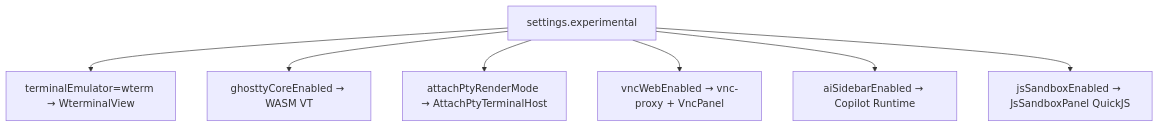
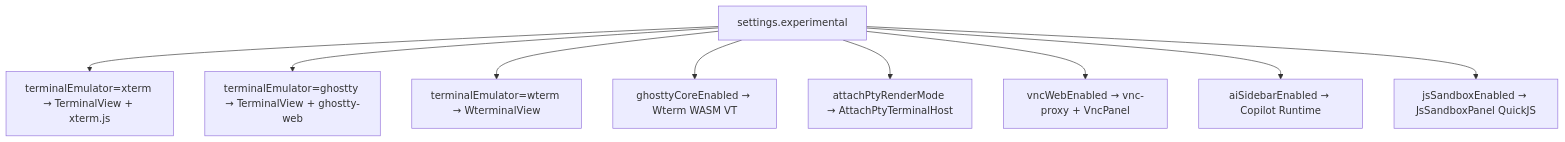
The first of 4 diagrams in docs/功能实验特性.md (Landers1037/NioZy), drawn with Mermaid before and after one commit. The commit also changed other lines of this file and 26 other files, not shown here.

First line of the commit message:
feat(terminal): 集成 ghostty-web 作为可选终端模拟器

````diff
--- a/docs/功能实验特性.md
+++ b/docs/功能实验特性.md
@@ -28,10 +28,12 @@
 ```mermaid
 flowchart TB
   Exp["settings.experimental"]
+  Exp --> Xterm["terminalEmulator=xterm → TerminalView + xterm.js"]
+  Exp --> GhosttyWeb["terminalEmulator=ghostty → TerminalView + ghostty-web"]
   Exp --> Wterm["terminalEmulator=wterm → WterminalView"]
-  Exp --> Ghostty["ghosttyCoreEnabled → WASM VT"]
+  Exp --> Ghostty["ghosttyCoreEnabled → Wterm WASM VT"]
   Exp --> Attach["attachPtyRenderMode → AttachPtyTerminalHost"]
   Exp --> VNC["vncWebEnabled → vnc-proxy + VncPanel"]
   Exp --> AI["aiSidebarEnabled → Copilot Runtime"]
   Exp --> JS["jsSandboxEnabled → JsSandboxPanel QuickJS"]
 ```
````
